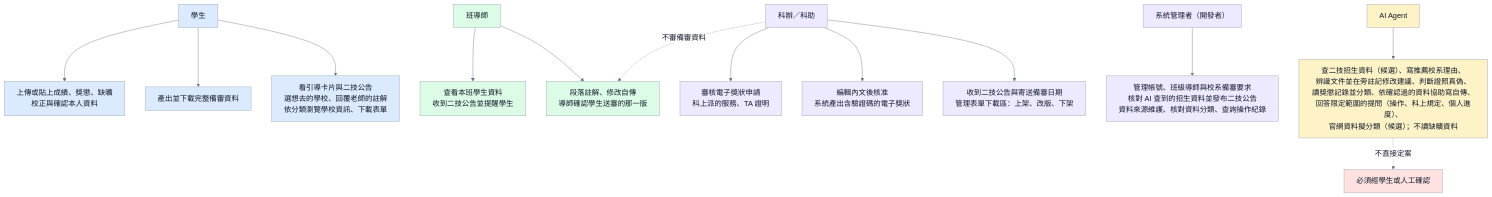
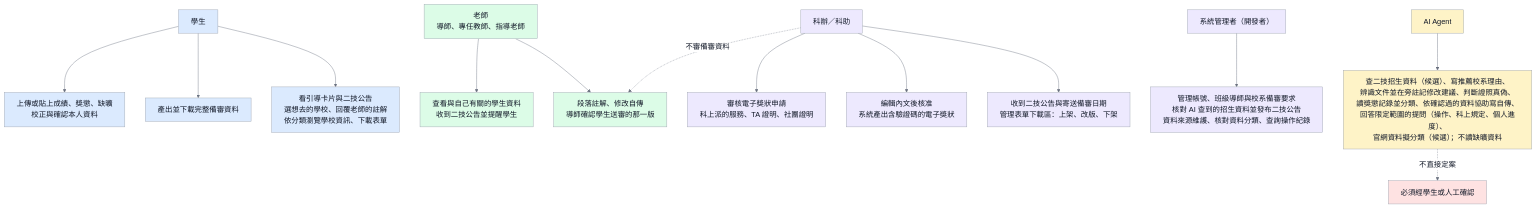
Before and after one commit to 111534107/smart-learning-portfolio-main: the diagram in docs/images/D-14-role-responsibility.mmd, drawn with Mermaid. The commit also changed 841 other files, not shown here.

```diff
--- a/docs/images/D-14-role-responsibility.mmd
+++ b/docs/images/D-14-role-responsibility.mmd
@@ -1,21 +1,20 @@
 %%{init: {'theme':'base','themeVariables': {'fontSize':'18px','fontFamily':'DFKai-SB, BiauKai, serif','primaryColor':'#F3F4F6','primaryTextColor':'#111827','primaryBorderColor':'#9CA3AF','lineColor':'#6B7280','edgeLabelBackground':'#FFFFFF'},'flowchart':{'wrappingWidth':400}}}%%
 flowchart TD
     classDef student fill:#DBEAFE,stroke:#9CA3AF,color:#111827,stroke-width:1px;
     classDef teacher fill:#DCFCE7,stroke:#9CA3AF,color:#111827,stroke-width:1px;
     classDef staff fill:#EDE9FE,stroke:#9CA3AF,color:#111827,stroke-width:1px;
     classDef ai fill:#FEF3C7,stroke:#9CA3AF,color:#111827,stroke-width:1px;
     classDef alert fill:#FEE2E2,stroke:#9CA3AF,color:#111827,stroke-width:1px;
-    classDef pending fill:#FFFFFF,stroke:#9CA3AF,color:#6B7280,stroke-width:1px,stroke-dasharray:5 3;
 
     Student[學生]:::student --> S1[上傳或貼上成績、獎懲、缺曠<br/>校正與確認本人資料]:::student
     Student --> S2[產出並下載完整備審資料]:::student
     Student --> S3[看引導卡片與二技公告<br/>選想去的學校、回覆老師的註解<br/>依分類瀏覽學校資訊、下載表單]:::student
-    Teacher[班導師]:::teacher --> T1[查看本班學生資料<br/>收到二技公告並提醒學生]:::teacher
+    Teacher[老師<br/>導師、專任教師、指導老師]:::teacher --> T1[查看與自己有關的學生資料<br/>收到二技公告並提醒學生]:::teacher
     Teacher --> T2[段落註解、修改自傳<br/>導師確認學生送審的那一版]:::teacher
-    Staff[科辦／科助]:::staff --> F1[審核電子獎狀申請<br/>科上派的服務、TA 證明]:::staff
+    Staff[科辦／科助]:::staff --> F1[審核電子獎狀申請<br/>科上派的服務、TA 證明、社團證明]:::staff
     Staff --> F2[編輯內文後核准<br/>系統產出含驗證碼的電子獎狀]:::staff
     Staff --> F3[收到二技公告與寄送備審日期<br/>管理表單下載區：上架、改版、下架]:::staff
     Staff -.不審備審資料.-> T2
     Admin[系統管理者（開發者）]:::staff --> A1[管理帳號、班級導師與校系備審要求<br/>核對 AI 查到的招生資料並發布二技公告<br/>資料來源維護、核對資料分類、查詢操作紀錄]:::staff
     Agent[AI Agent]:::ai --> G1[查二技招生資料（候選）、寫推薦校系理由、<br/>辨識文件並在旁註記修改建議、判斷證照真偽、<br/>讀獎懲記錄並分類、依確認過的資料協助寫自傳、<br/>回答限定範圍的提問（操作、科上規定、個人進度）、<br/>官網資料擬分類（候選）；不讀缺曠資料]:::ai
     G1 -.不直接定案.-> Block[必須經學生或人工確認]:::alert
```
